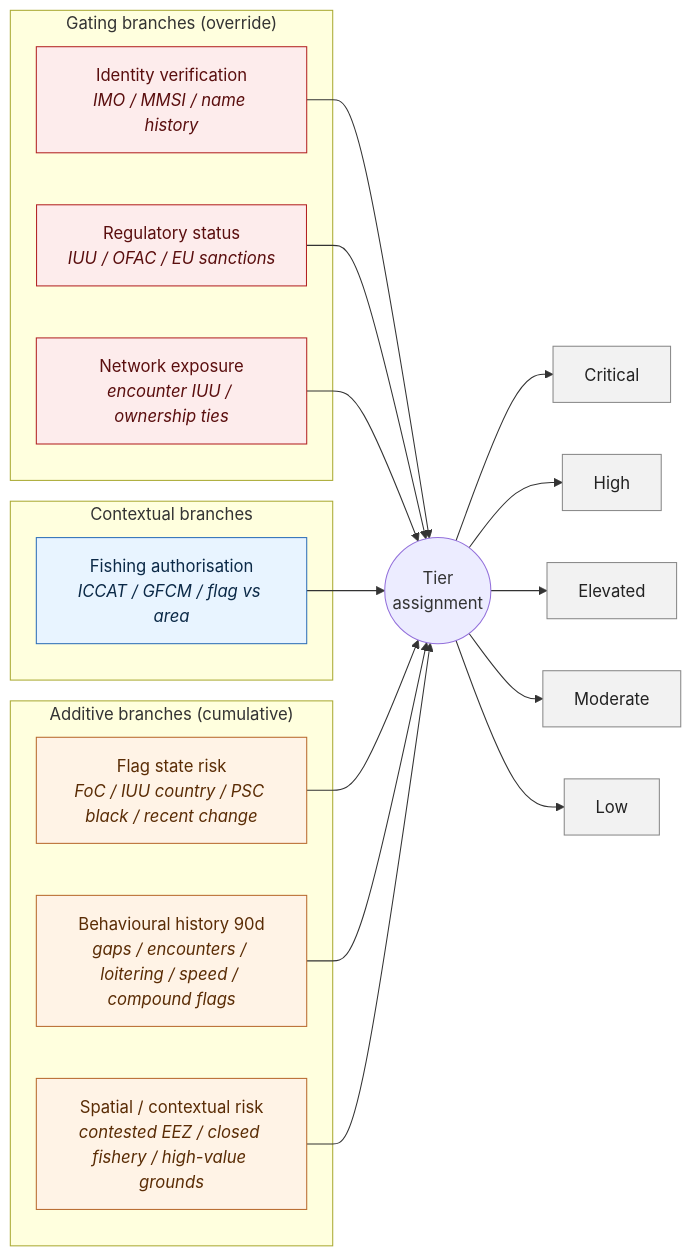
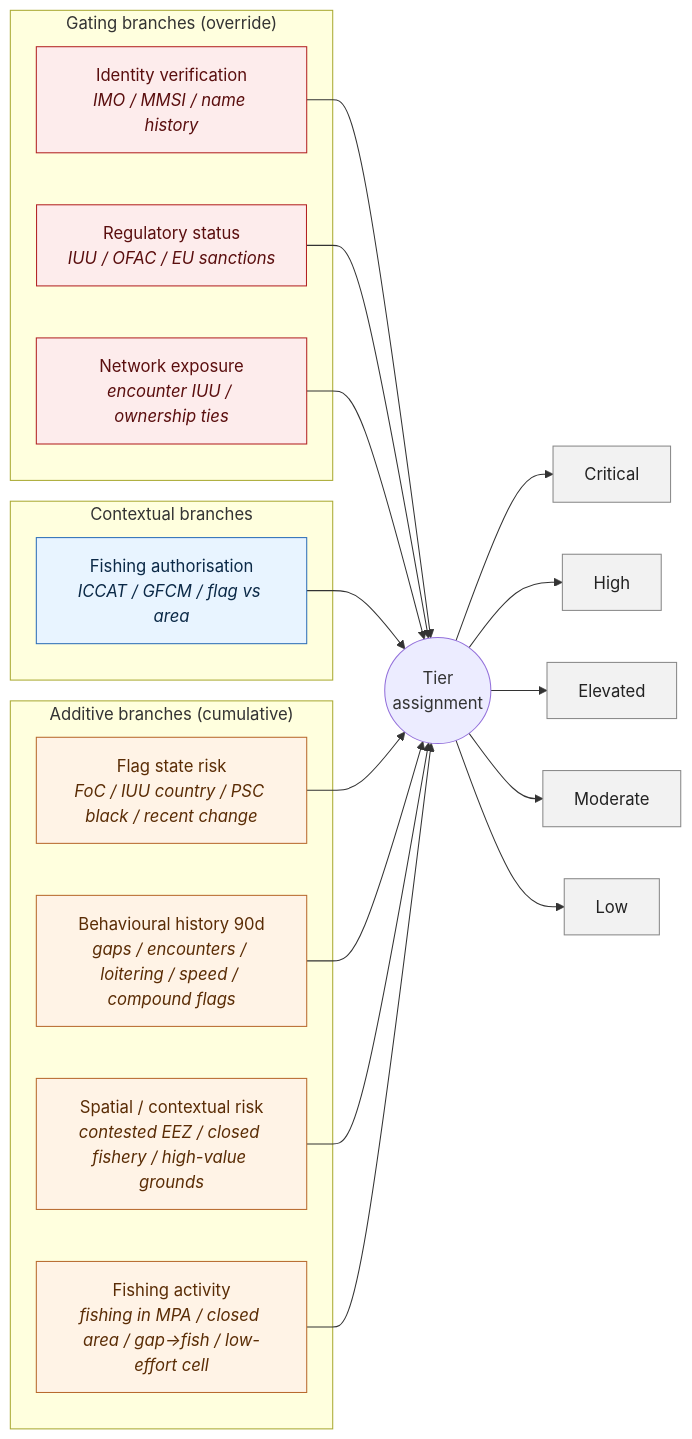
Before and after one commit to emantzoo/med-vessel-behaviour-monitor: the second of 2 diagrams in handout.md, drawn with Mermaid. The commit also changed other lines of this file and 18 other files, not shown here.

First line of the commit message:
Add Fishing Activity tab, EEZ MRGID lookup, leaf attribution, and FDI choropleth improvements

````diff
--- a/handout.md
+++ b/handout.md
@@ -178,39 +178,41 @@
 ```mermaid
 flowchart LR
     subgraph GATE["Gating branches (override)"]
         B1["Identity verification<br/><i>IMO / MMSI / name history</i>"]
         B3["Regulatory status<br/><i>IUU / OFAC / EU sanctions</i>"]
         B7["Network exposure<br/><i>encounter IUU / ownership ties</i>"]
     end
     subgraph ADD["Additive branches (cumulative)"]
         B2["Flag state risk<br/><i>FoC / IUU country / PSC black / recent change</i>"]
         B5["Behavioural history 90d<br/><i>gaps / encounters / loitering / speed / compound flags</i>"]
         B6["Spatial / contextual risk<br/><i>contested EEZ / closed fishery / high-value grounds</i>"]
+        B8["Fishing activity<br/><i>fishing in MPA / closed area / gap→fish / low-effort cell</i>"]
     end
     subgraph CTX["Contextual branches"]
         B4["Fishing authorisation<br/><i>ICCAT / GFCM / flag vs area</i>"]
     end
 
     B1 --> R((Tier<br/>assignment))
     B2 --> R
     B3 --> R
     B4 --> R
     B5 --> R
     B6 --> R
     B7 --> R
+    B8 --> R
 
     R --> T1[Critical]
     R --> T2[High]
     R --> T3[Elevated]
     R --> T4[Moderate]
     R --> T5[Low]
 
     classDef gate fill:#fdecec,stroke:#b22222,color:#5a0e0e
     classDef add fill:#fff3e6,stroke:#b86a2e,color:#5a2c05
     classDef ctx fill:#e8f4ff,stroke:#2e6fb8,color:#0b2947
     classDef tier fill:#f2f2f2,stroke:#888,color:#222
     class B1,B3,B7 gate
-    class B2,B5,B6 add
+    class B2,B5,B6,B8 add
     class B4 ctx
     class T1,T2,T3,T4,T5 tier
 ```
````
